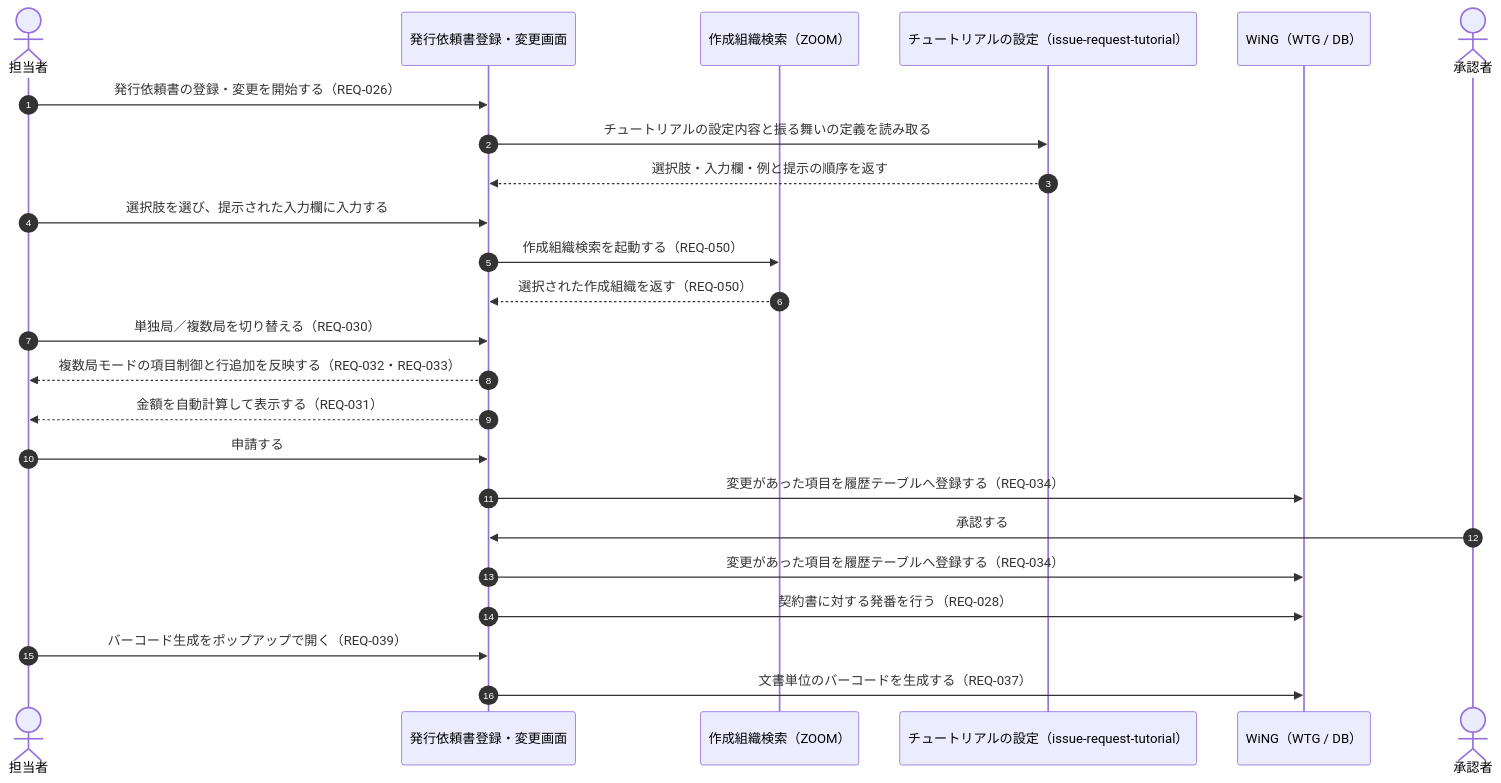
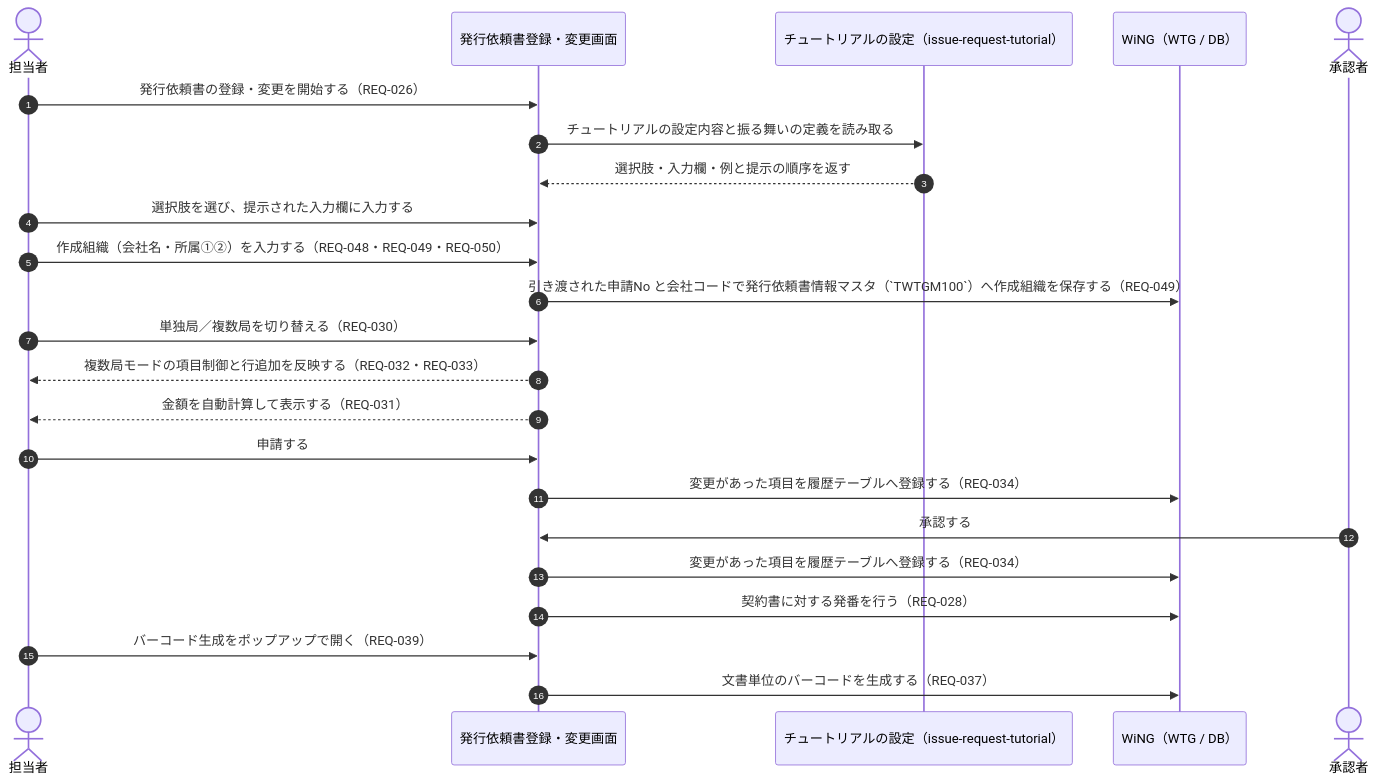
The diagram in specs/issue-request/requirements.md (masato-teramoto/Wing), drawn with Mermaid before and after one commit. The commit also changed other lines of this file and 32 other files, not shown here.

````diff
--- a/specs/issue-request/requirements.md
+++ b/specs/issue-request/requirements.md
@@ -45,27 +45,26 @@
 ```mermaid
 sequenceDiagram
     autonumber
     actor 担当者
     participant 画面 as 発行依頼書登録・変更画面
-    participant ZOOM as 作成組織検索（ZOOM）
     participant 設定 as チュートリアルの設定（issue-request-tutorial）
     participant WTG as WiNG（WTG / DB）
     actor 承認者
 
     担当者->>画面: 発行依頼書の登録・変更を開始する（REQ-026）
     画面->>設定: チュートリアルの設定内容と振る舞いの定義を読み取る
     設定-->>画面: 選択肢・入力欄・例と提示の順序を返す
     担当者->>画面: 選択肢を選び、提示された入力欄に入力する
-    画面->>ZOOM: 作成組織検索を起動する（REQ-050）
-    ZOOM-->>画面: 選択された作成組織を返す（REQ-050）
+    担当者->>画面: 作成組織（会社名・所属①②）を入力する（REQ-048・REQ-049・REQ-050）
+    画面->>WTG: 引き渡された申請No と会社コードで発行依頼書情報マスタ（`TWTGM100`）へ作成組織を保存する（REQ-049）
     担当者->>画面: 単独局／複数局を切り替える（REQ-030）
     画面-->>担当者: 複数局モードの項目制御と行追加を反映する（REQ-032・REQ-033）
     画面-->>担当者: 金額を自動計算して表示する（REQ-031）
     担当者->>画面: 申請する
     画面->>WTG: 変更があった項目を履歴テーブルへ登録する（REQ-034）
     承認者->>画面: 承認する
     画面->>WTG: 変更があった項目を履歴テーブルへ登録する（REQ-034）
     画面->>WTG: 契約書に対する発番を行う（REQ-028）
     担当者->>画面: バーコード生成をポップアップで開く（REQ-039）
     画面->>WTG: 文書単位のバーコードを生成する（REQ-037）
 ```
````
